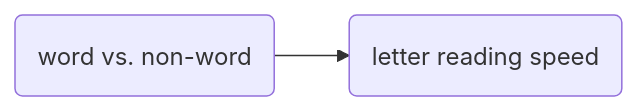
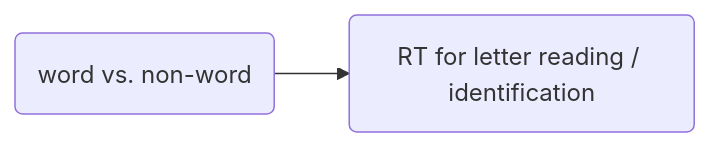
One commit to ethanweed/ExPsyLing changed the first of 4 diagrams in 2022/Slides/Lecture-07.md. Above: the diagram before and after it, drawn with Mermaid. The commit also changed other lines of this file and 3 other files, not shown here.

````diff
--- a/2022/Slides/Lecture-07.md
+++ b/2022/Slides/Lecture-07.md
@@ -99,5 +99,5 @@
 ```{.mermaid format=svg  theme=neutral width=400 }
 graph LR
-A(word vs. non-word) -->B(letter reading speed)
+A(word vs. non-word) -->B(RT for letter reading / identification)
 
 ```
````
